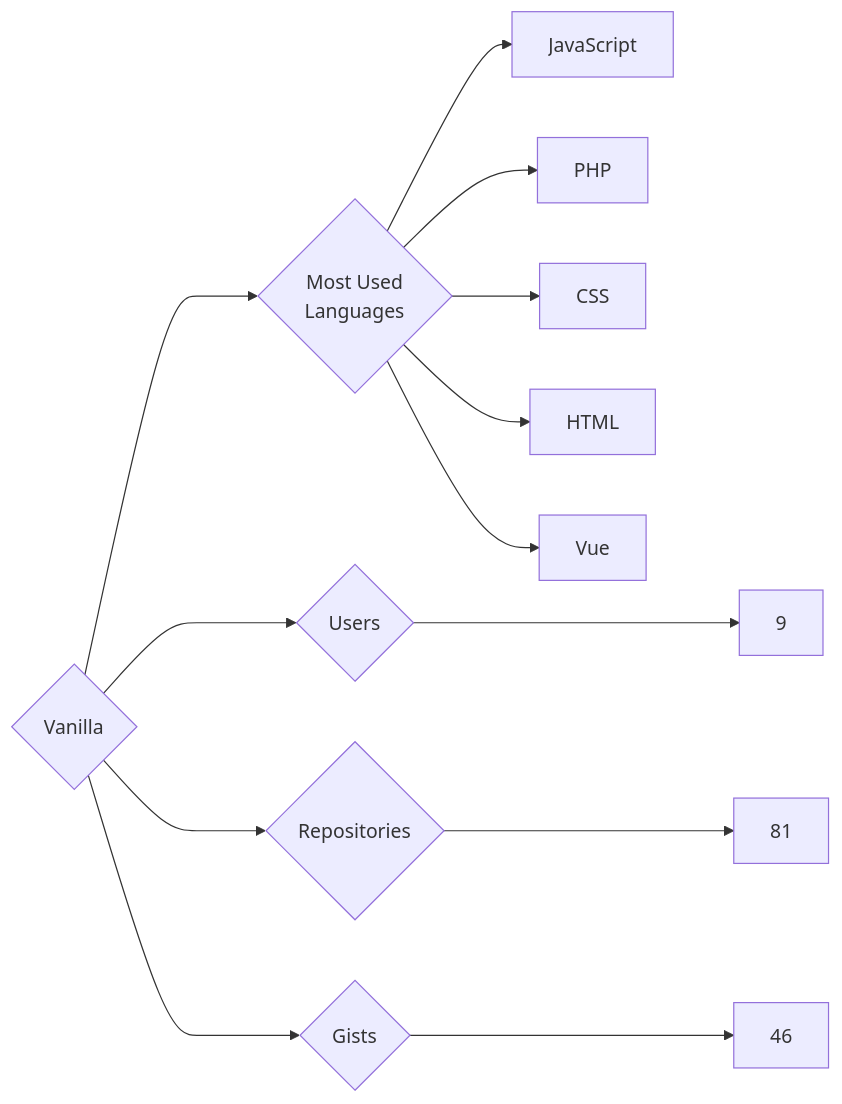
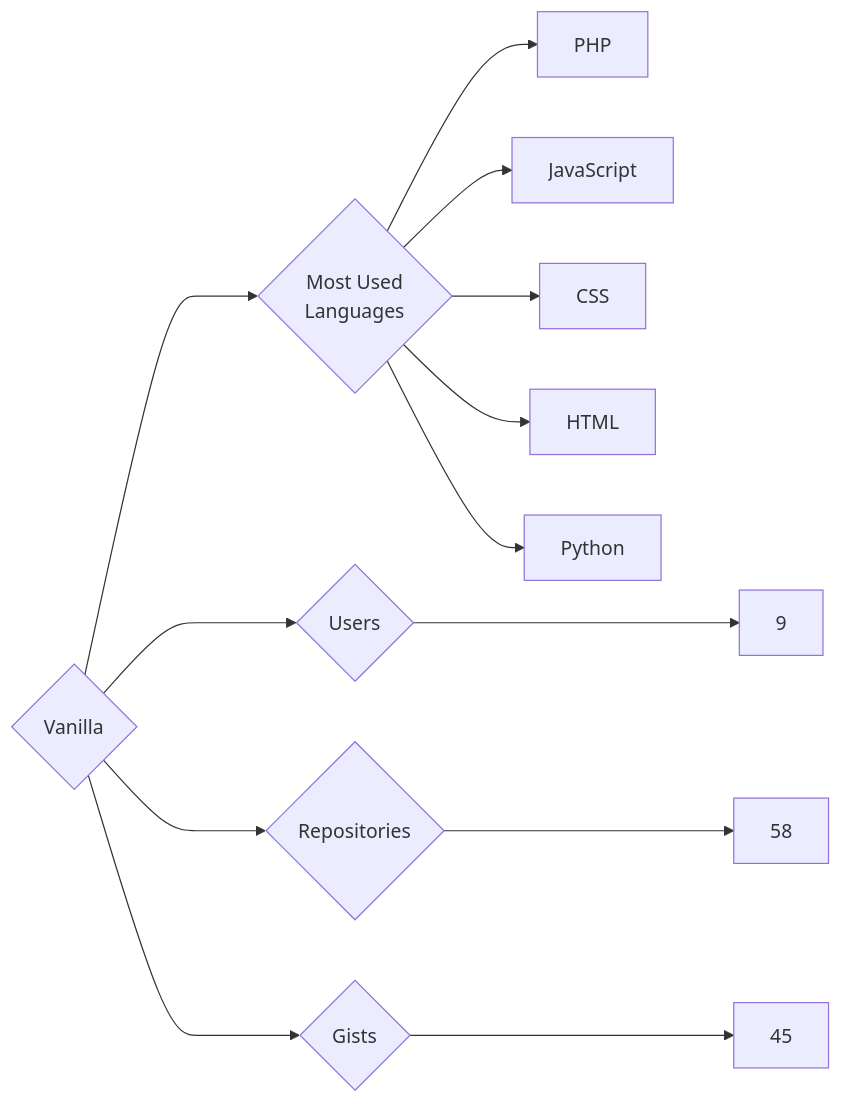
Before and after one commit to trickest/insiders: the diagram in targets/Vanilla/README.md, drawn with Mermaid. The commit also changed 860 other files, not shown here.

````diff
--- a/targets/Vanilla/README.md
+++ b/targets/Vanilla/README.md
@@ -3,13 +3,13 @@
 ```mermaid
 graph LR
 COMPANY_NAME{Vanilla}
 COMPANY_NAME ---> U{Users} ---> UN[9]
-COMPANY_NAME ---> R{Repositories} ---> RN[81]
-COMPANY_NAME ---> G{Gists} ---> GN[46]
+COMPANY_NAME ---> R{Repositories} ---> RN[58]
+COMPANY_NAME ---> G{Gists} ---> GN[45]
 COMPANY_NAME ---> ML{Most Used<br>Languages}
+ML --> PHP[PHP]
 ML --> JavaScript[JavaScript]
-ML --> PHP[PHP]
 ML --> CSS[CSS]
 ML --> HTML[HTML]
-ML --> Vue[Vue]
+ML --> Python[Python]
 ```
````
